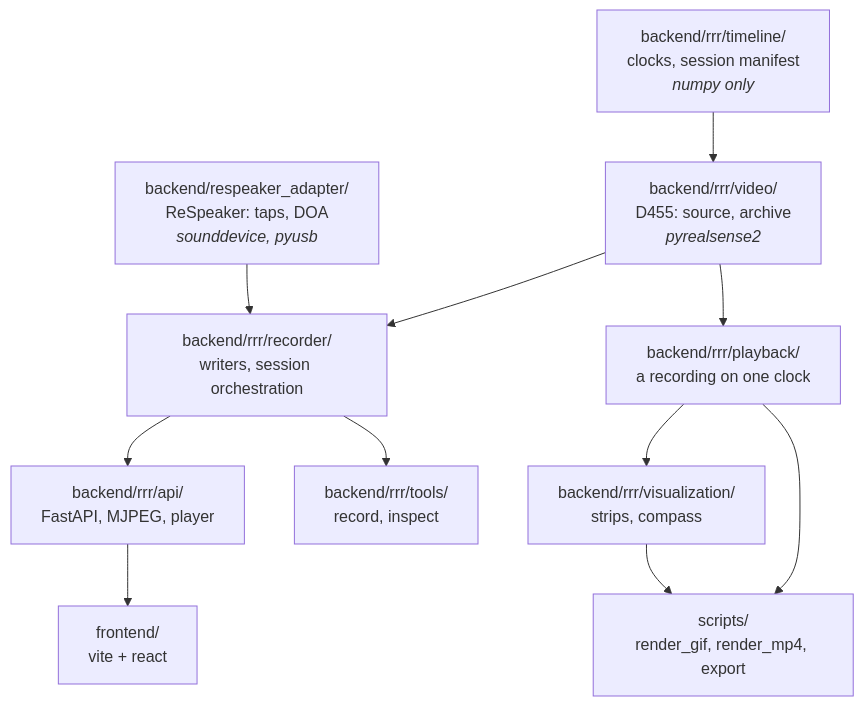
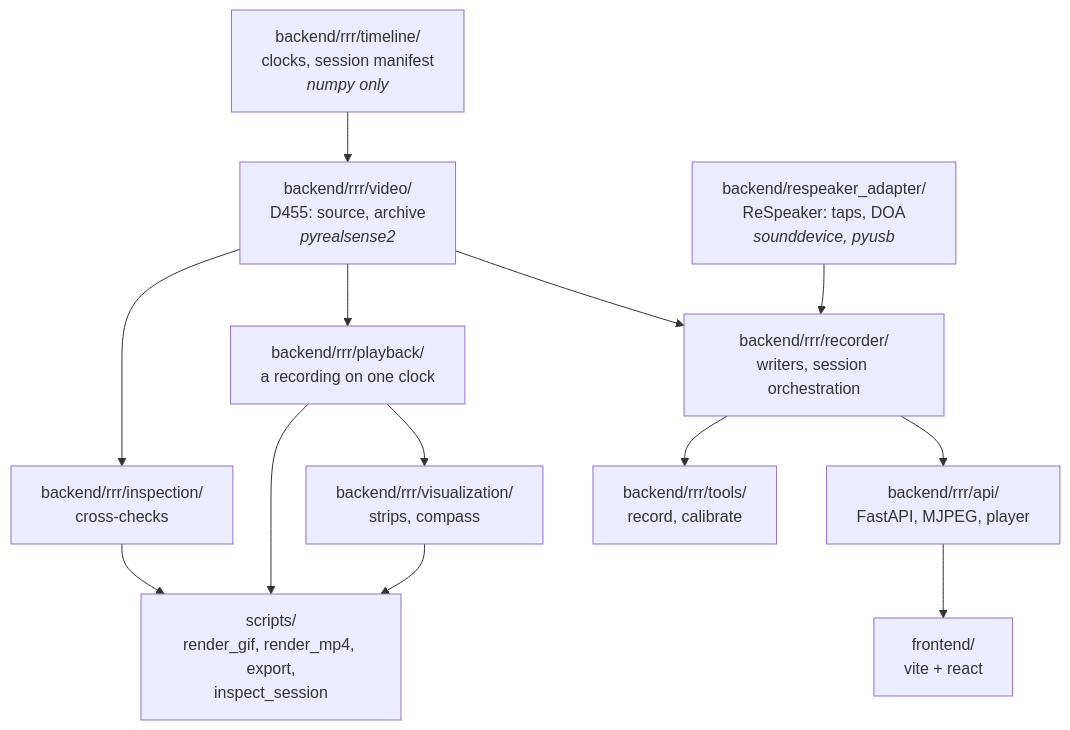
One commit to tkanek0/rererecorder changed the first of 2 diagrams in docs/design.md. Above: the diagram before and after it, drawn with Mermaid. The commit also changed 10 other files, not shown here.

Commit message:
Split inspection into rrr.inspection and a thin script

````diff
--- a/docs/design.md
+++ b/docs/design.md
@@ -33,23 +33,26 @@
 ```mermaid
 flowchart TD
     T["backend/rrr/timeline/<br/>clocks, session manifest<br/><i>numpy only</i>"]
     V["backend/rrr/video/<br/>D455: source, archive<br/><i>pyrealsense2</i>"]
     A["backend/respeaker_adapter/<br/>ReSpeaker: taps, DOA<br/><i>sounddevice, pyusb</i>"]
     R["backend/rrr/recorder/<br/>writers, session orchestration"]
     S["backend/rrr/api/<br/>FastAPI, MJPEG, player"]
     P["backend/rrr/playback/<br/>a recording on one clock"]
-    C["backend/rrr/tools/<br/>record, inspect"]
+    C["backend/rrr/tools/<br/>record, calibrate"]
+    N["backend/rrr/inspection/<br/>cross-checks"]
     Z["backend/rrr/visualization/<br/>strips, compass"]
-    X["scripts/<br/>render_gif, render_mp4, export"]
+    X["scripts/<br/>render_gif, render_mp4, export,<br/>inspect_session"]
     W["frontend/<br/>vite + react"]
     T --> V
     V --> R
     A --> R
     R --> S
     R --> C
     V --> P
+    V --> N
+    N --> X
     P --> Z
     P --> X
     Z --> X
     S --> W
 ```
````
